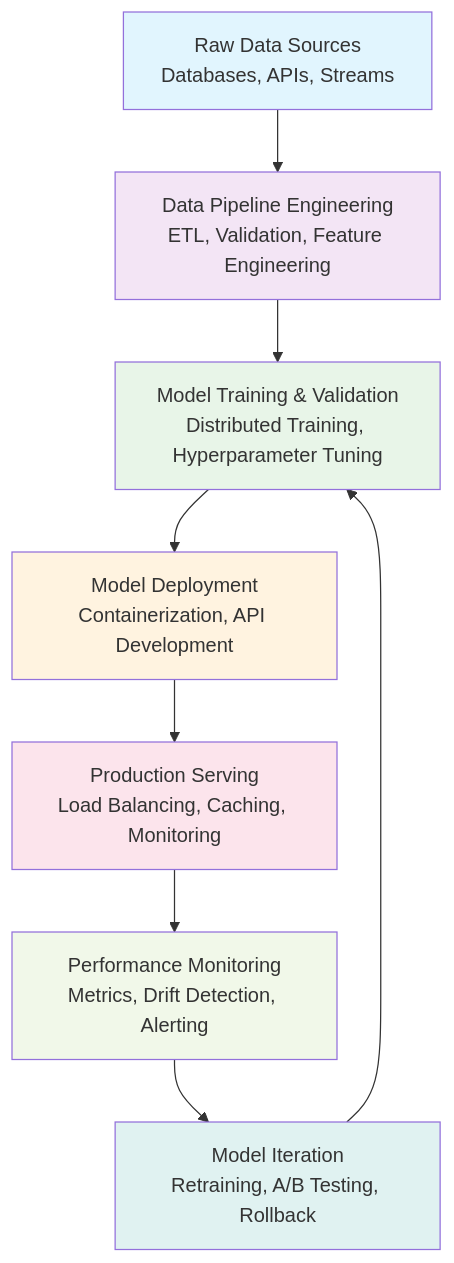
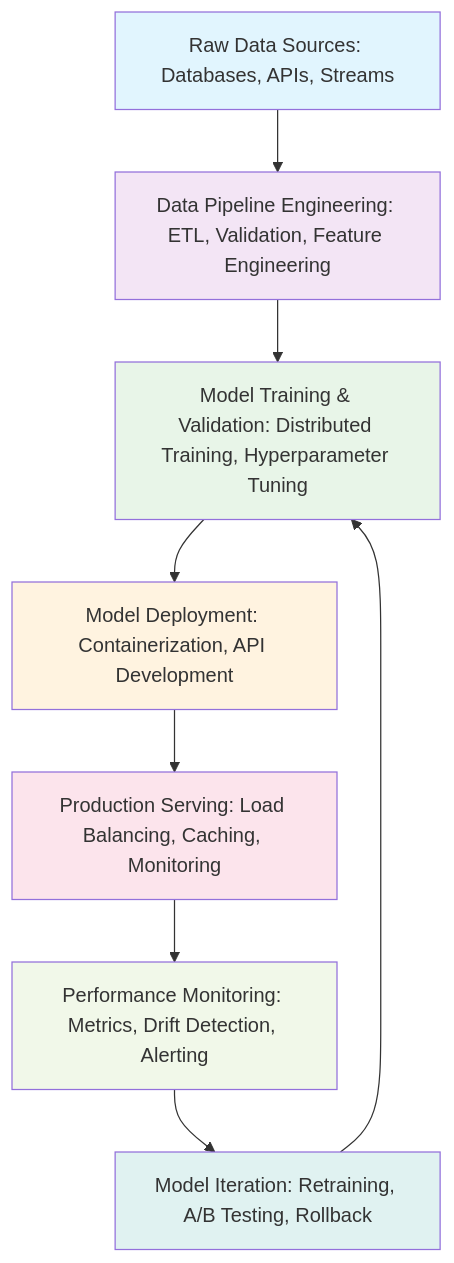
One commit to khaosans/articles changed the first of 3 diagrams in ml_engineer_enterprise.md. Above: the diagram before and after it, drawn with Mermaid. The commit also changed other lines of this file and 3 other files, not shown here.

First line of the commit message:
docs: enhance all diagrams, captions, and professionalism in role guides

````diff
--- a/ml_engineer_enterprise.md
+++ b/ml_engineer_enterprise.md
@@ -64,18 +64,17 @@
 ```mermaid
 flowchart TD
-    A[Raw Data Sources<br/>Databases, APIs, Streams] --> B[Data Pipeline Engineering<br/>ETL, Validation, Feature Engineering]
-    B --> C[Model Training & Validation<br/>Distributed Training, Hyperparameter Tuning]
-    C --> D[Model Deployment<br/>Containerization, API Development]
-    D --> E[Production Serving<br/>Load Balancing, Caching, Monitoring]
-    E --> F[Performance Monitoring<br/>Metrics, Drift Detection, Alerting]
-    F --> G[Model Iteration<br/>Retraining, A/B Testing, Rollback]
+    A[Raw Data Sources: Databases, APIs, Streams] --> B[Data Pipeline Engineering: ETL, Validation, Feature Engineering]
+    B --> C[Model Training & Validation: Distributed Training, Hyperparameter Tuning]
+    C --> D[Model Deployment: Containerization, API Development]
+    D --> E[Production Serving: Load Balancing, Caching, Monitoring]
+    E --> F[Performance Monitoring: Metrics, Drift Detection, Alerting]
+    F --> G[Model Iteration: Retraining, A/B Testing, Rollback]
     G --> C
-    
     style A fill:#e1f5fe
     style B fill:#f3e5f5
     style C fill:#e8f5e8
     style D fill:#fff3e0
     style E fill:#fce4ec
     style F fill:#f1f8e9
     style G fill:#e0f2f1
 ```
````
